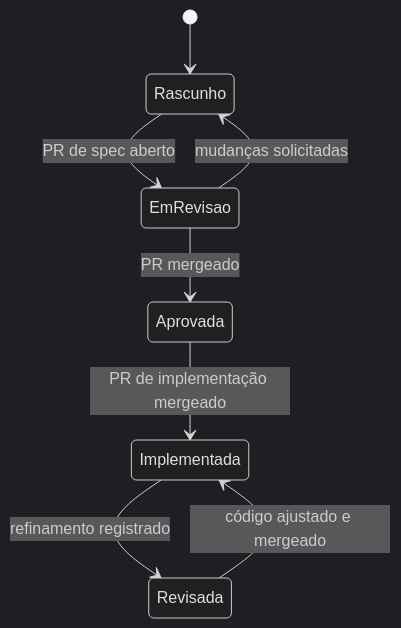
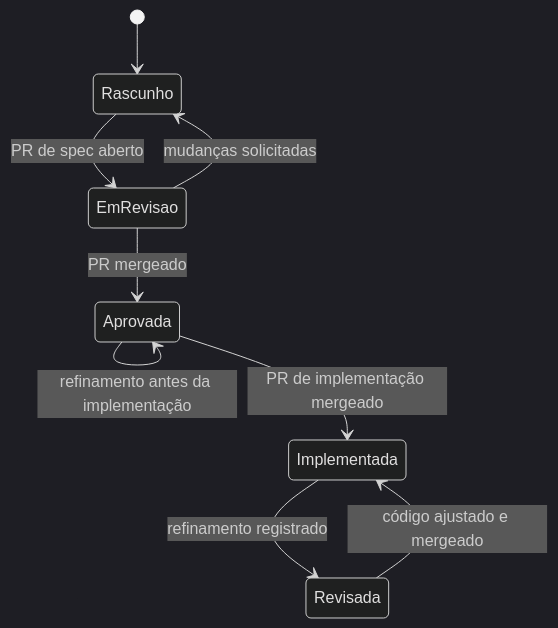
One commit to GuidaGaita/bootcamp changed the second of 3 diagrams in docs/05-processo-sdd.md. Above: the diagram before and after it, drawn with Mermaid (dark theme). The commit also changed other lines of this file and 3 other files, not shown here.

````diff
--- a/docs/05-processo-sdd.md
+++ b/docs/05-processo-sdd.md
@@ -70,10 +72,11 @@
 ```mermaid
 stateDiagram-v2
   [*] --> Rascunho
   Rascunho --> EmRevisao: PR de spec aberto
   EmRevisao --> Rascunho: mudanças solicitadas
   EmRevisao --> Aprovada: PR mergeado
+  Aprovada --> Aprovada: refinamento antes da implementação
   Aprovada --> Implementada: PR de implementação mergeado
   Implementada --> Revisada: refinamento registrado
   Revisada --> Implementada: código ajustado e mergeado
 ```
````
